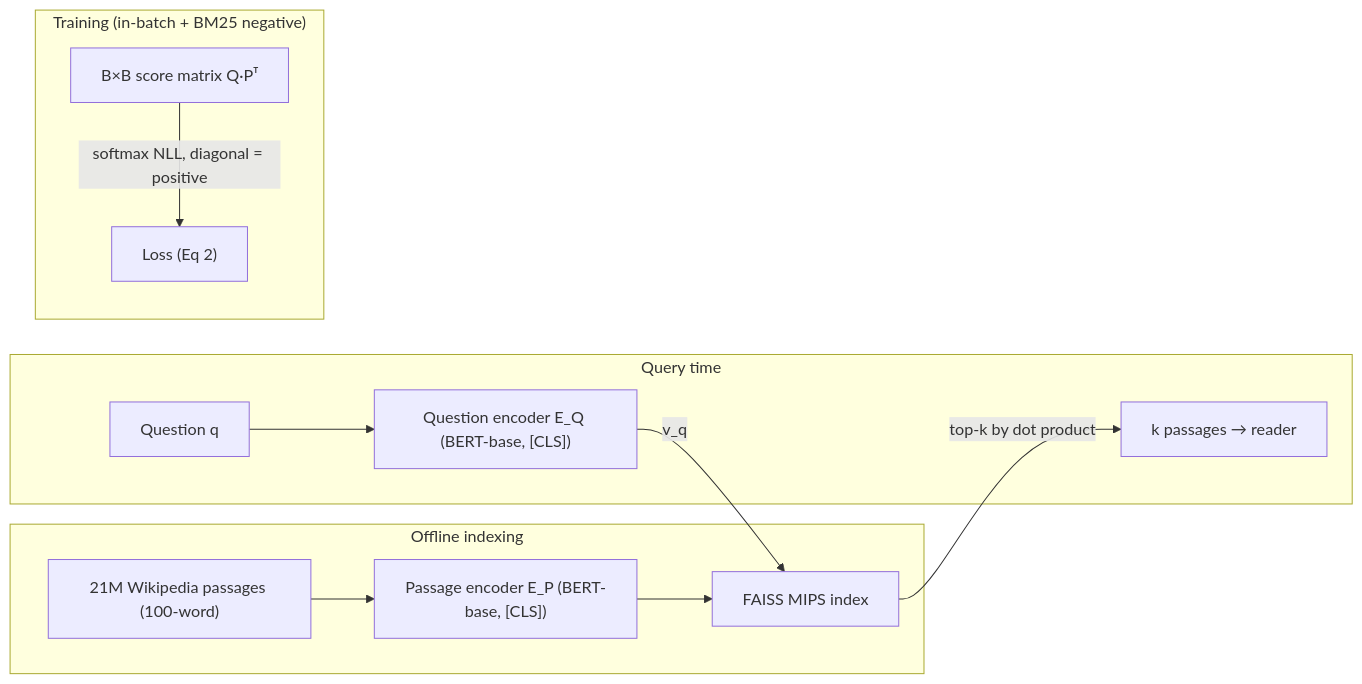
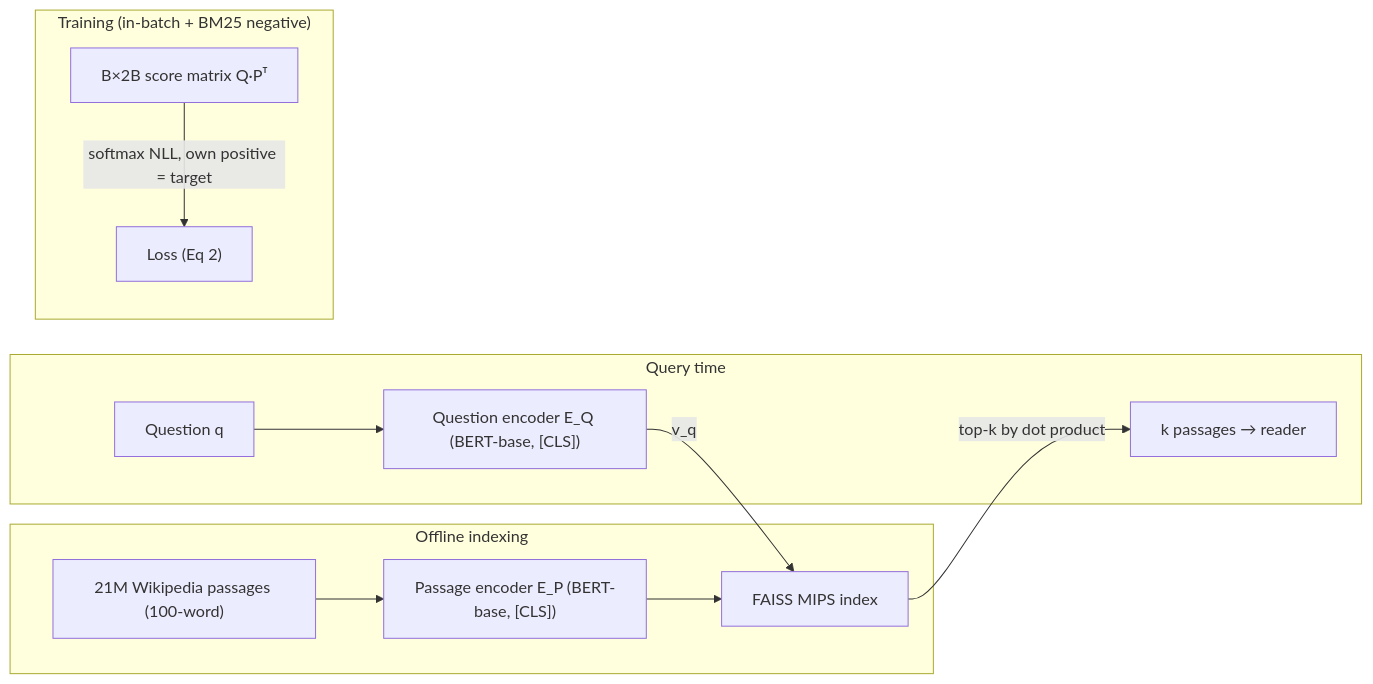
One commit to greenlet/mllm changed the diagram in docs/papers/retrieval_2020_dpr.md. Above: the diagram before and after it, drawn with Mermaid. The commit also changed other lines of this file and 9 other files, not shown here.

````diff
--- a/docs/papers/retrieval_2020_dpr.md
+++ b/docs/papers/retrieval_2020_dpr.md
@@ -49,15 +49,15 @@
 ```mermaid
 flowchart LR
   subgraph OFFLINE["Offline indexing"]
     P["21M Wikipedia passages (100-word)"] --> EP["Passage encoder E_P (BERT-base, [CLS])"]
     EP --> IDX["FAISS MIPS index"]
   end
   subgraph ONLINE["Query time"]
     Q["Question q"] --> EQ["Question encoder E_Q (BERT-base, [CLS])"]
     EQ -->|"v_q"| IDX
     IDX -->|"top-k by dot product"| K["k passages → reader"]
   end
   subgraph TRAIN["Training (in-batch + BM25 negative)"]
-    S["B×B score matrix Q·Pᵀ"] -->|"softmax NLL, diagonal = positive"| L["Loss (Eq 2)"]
+    S["B×2B score matrix Q·Pᵀ"] -->|"softmax NLL, own positive = target"| L["Loss (Eq 2)"]
   end
 ```
````
